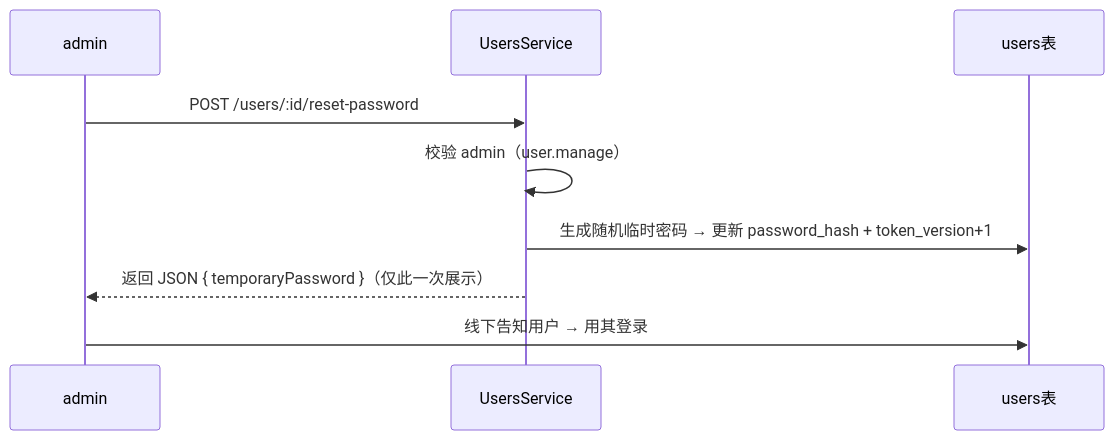
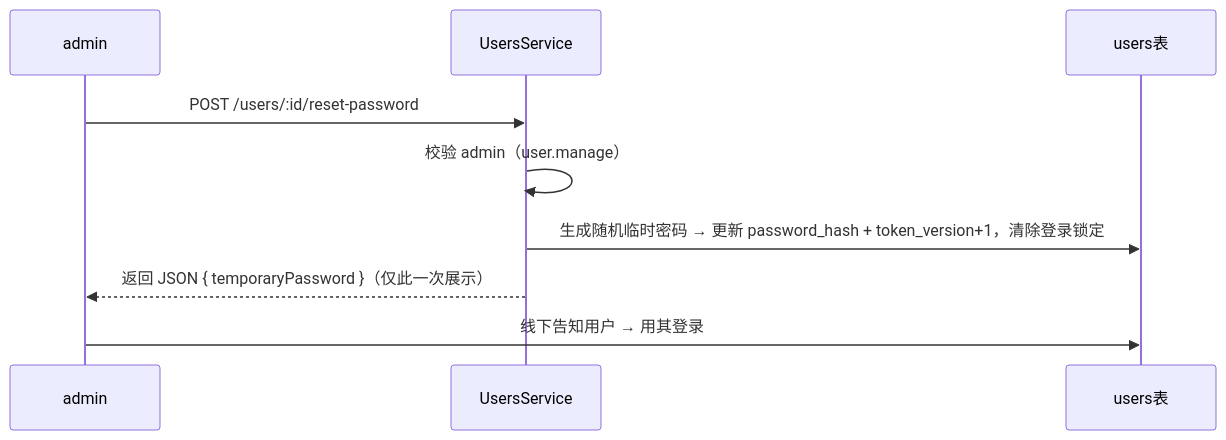
The seventh of 26 diagrams in docs/01-当前有效/重构架构决策与实施蓝图.md (lixiname/LITECRM), drawn with Mermaid before and after one commit. The commit also changed other lines of this file and 11 other files, not shown here.

````diff
--- a/docs/01-当前有效/重构架构决策与实施蓝图.md
+++ b/docs/01-当前有效/重构架构决策与实施蓝图.md
@@ -870,11 +870,11 @@
 ```mermaid
 sequenceDiagram
     participant A as admin
     participant S as UsersService
     participant U as users表
     A->>S: POST /users/:id/reset-password
     S->>S: 校验 admin（user.manage）
-    S->>U: 生成随机临时密码 → 更新 password_hash + token_version+1
+    S->>U: 生成随机临时密码 → 更新 password_hash + token_version+1，清除登录锁定
     S-->>A: 返回 JSON { temporaryPassword }（仅此一次展示）
     A->>U: 线下告知用户 → 用其登录
 ```
````
